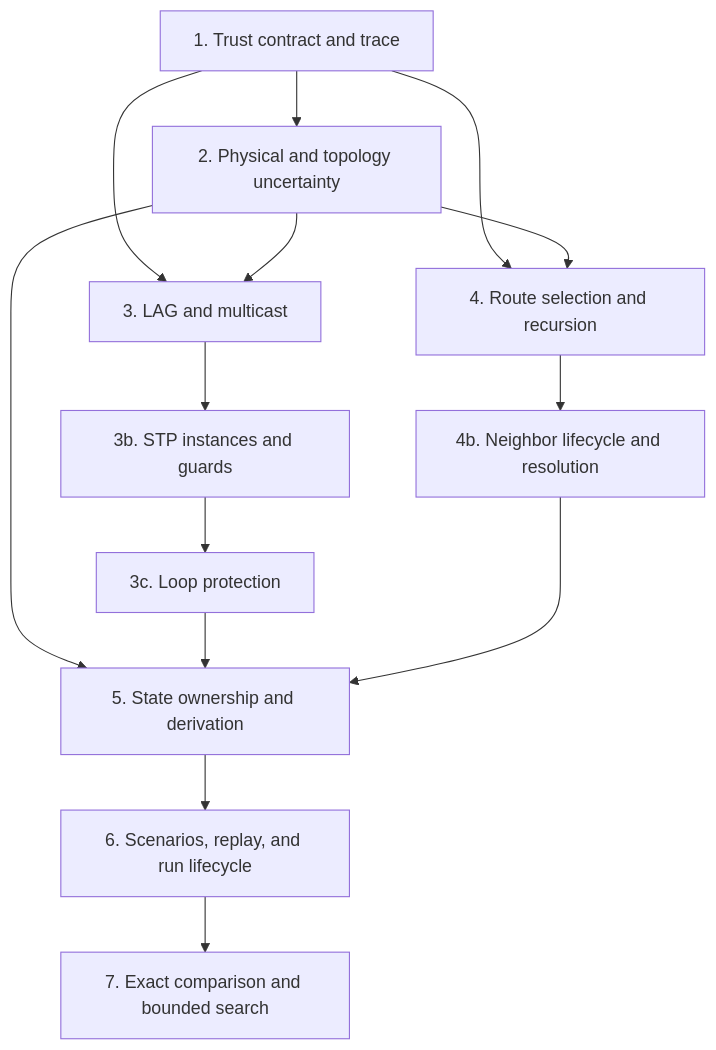
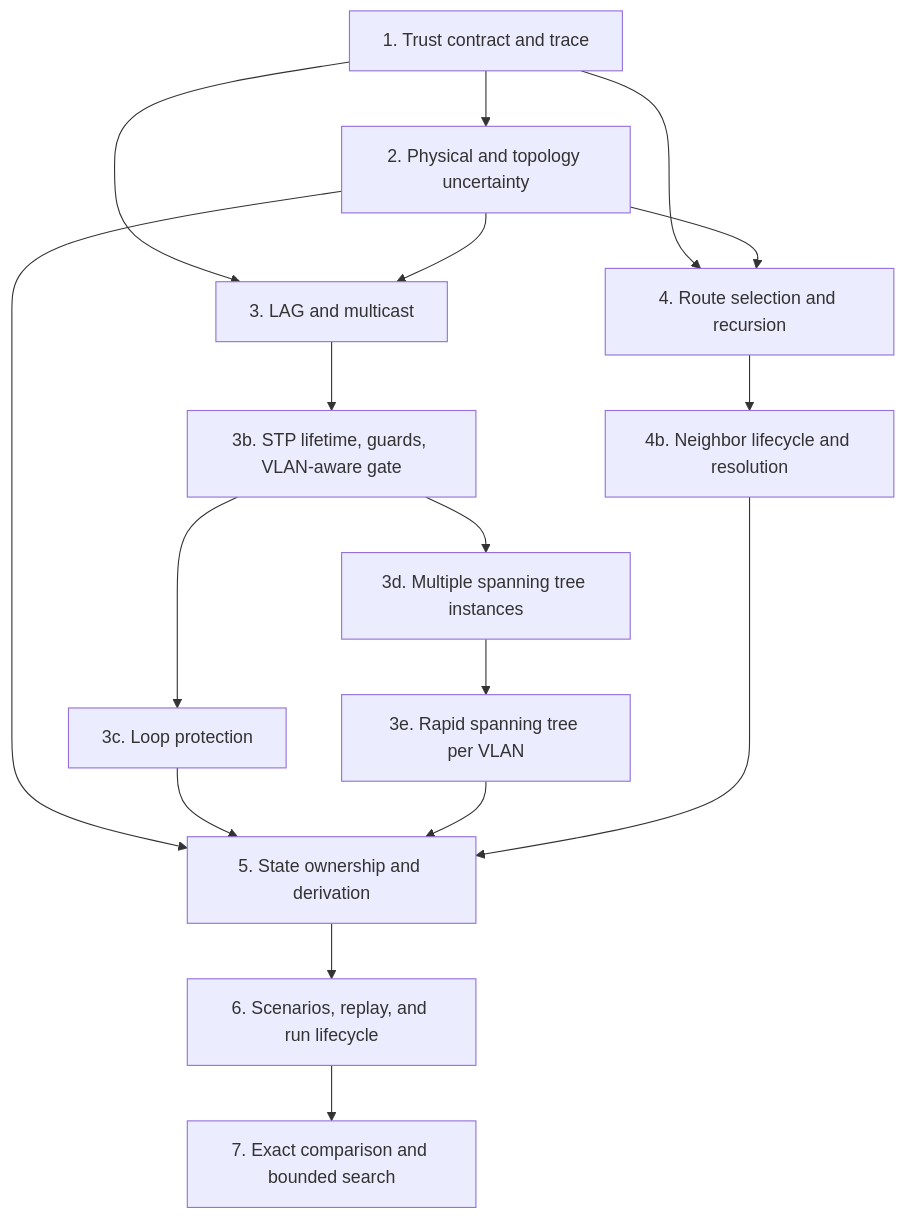
The fourth of 4 diagrams in docs/plans/2026-09-12-1339-feat-netsim-analysis-completeness-plan.md (Aledantee/FlowSeer), drawn with Mermaid before and after one commit. The commit also changed other lines of this file and 3 other files, not shown here.

First line of the commit message:
docs(netsim): split the spanning-tree phase into lifetime, MSTP, and per-VLAN

````diff
--- a/docs/plans/2026-09-12-1339-feat-netsim-analysis-completeness-plan.md
+++ b/docs/plans/2026-09-12-1339-feat-netsim-analysis-completeness-plan.md
@@ -257,16 +257,19 @@
 ```mermaid
 flowchart TD
     P1[1. Trust contract and trace] --> P2[2. Physical and topology uncertainty]
     P1 --> P3[3. LAG and multicast]
     P2 --> P3
-    P3 --> P3b[3b. STP instances and guards]
+    P3 --> P3b[3b. STP lifetime, guards, VLAN-aware gate]
     P3b --> P3c[3c. Loop protection]
+    P3b --> P3d[3d. Multiple spanning tree instances]
+    P3d --> P3e[3e. Rapid spanning tree per VLAN]
     P1 --> P4[4. Route selection and recursion]
     P2 --> P4
     P4 --> P4b[4b. Neighbor lifecycle and resolution]
     P2 --> P5[5. State ownership and derivation]
     P3c --> P5
+    P3e --> P5
     P4b --> P5
     P5 --> P6[6. Scenarios, replay, and run lifecycle]
     P6 --> P7[7. Exact comparison and bounded search]
 ```
````
